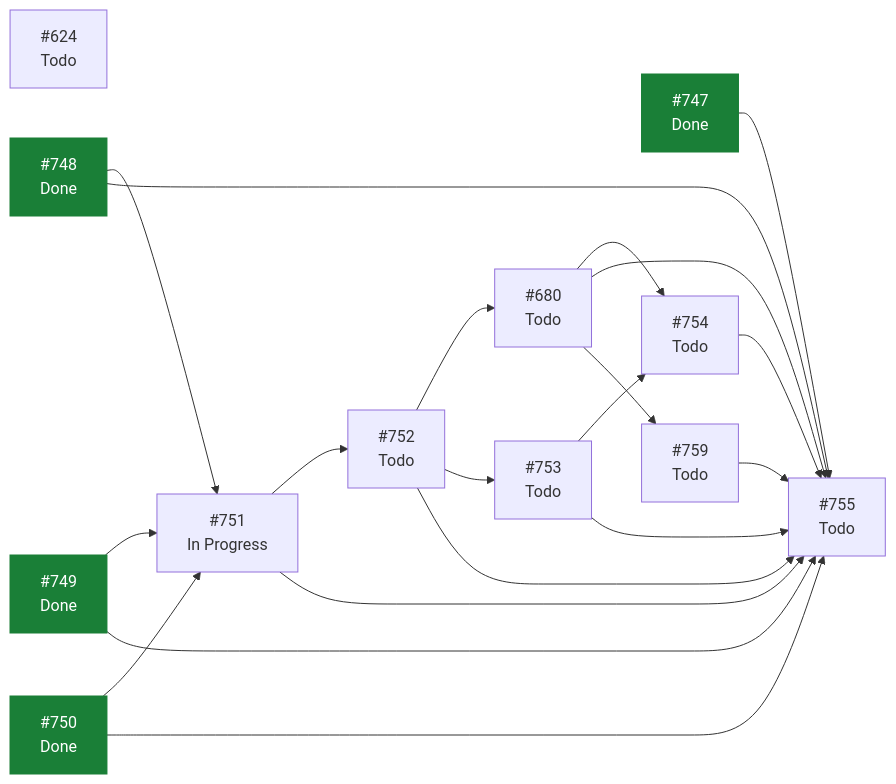
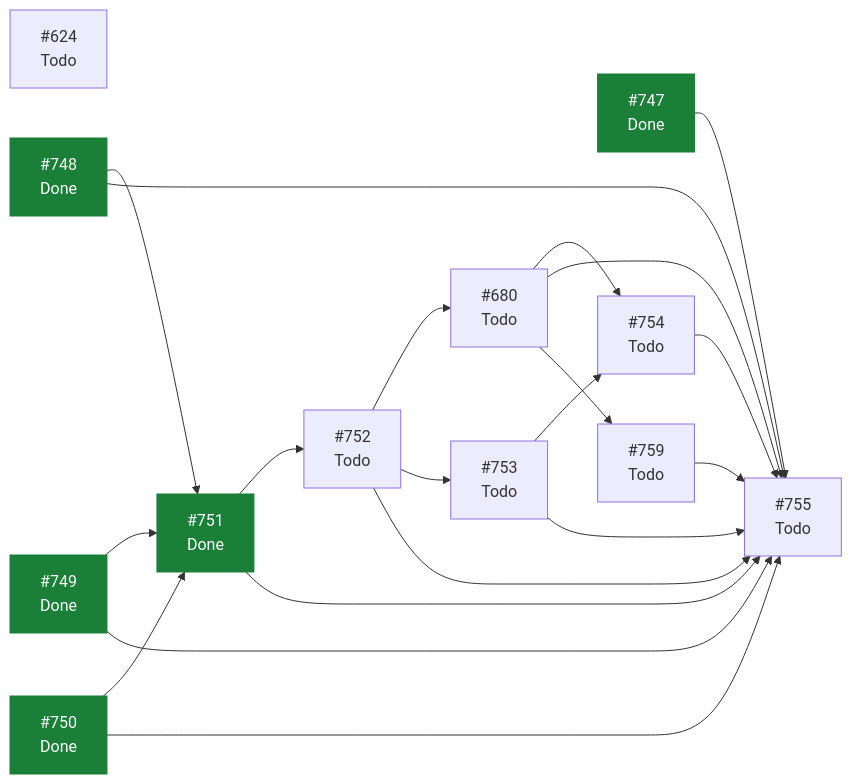
Before and after one commit to ecamp0s/evault: the diagram in docs/planning/STATUS.md, drawn with Mermaid. The commit also changed other lines of this file, not shown here.

````diff
--- a/docs/planning/STATUS.md
+++ b/docs/planning/STATUS.md
@@ -97,36 +97,36 @@
 ```mermaid
 graph LR
   I624["#624<br/>Todo"]
   I680["#680<br/>Todo"]
   I747["#747<br/>Done"]
   I748["#748<br/>Done"]
   I749["#749<br/>Done"]
   I750["#750<br/>Done"]
-  I751["#751<br/>In Progress"]
+  I751["#751<br/>Done"]
   I752["#752<br/>Todo"]
   I753["#753<br/>Todo"]
   I754["#754<br/>Todo"]
   I755["#755<br/>Todo"]
   I759["#759<br/>Todo"]
   I680 --> I754
   I680 --> I755
   I680 --> I759
   I747 --> I755
   I748 --> I751
   I748 --> I755
   I749 --> I751
   I749 --> I755
   I750 --> I751
   I750 --> I755
   I751 --> I752
   I751 --> I755
   I752 --> I680
   I752 --> I753
   I752 --> I755
   I753 --> I754
   I753 --> I755
   I754 --> I755
   I759 --> I755
   classDef hecho fill:#1a7f37,stroke:#1a7f37,color:#fff;
-  class I747,I748,I749,I750 hecho;
+  class I747,I748,I749,I750,I751 hecho;
 ```
````
